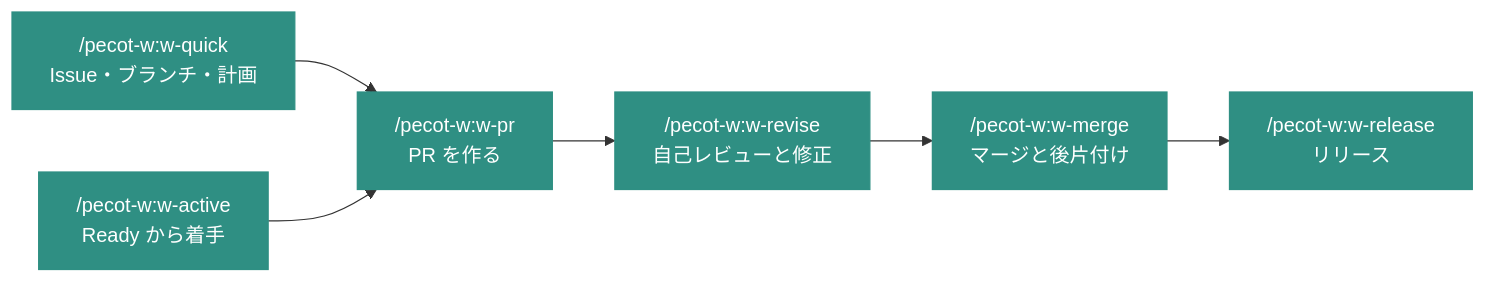
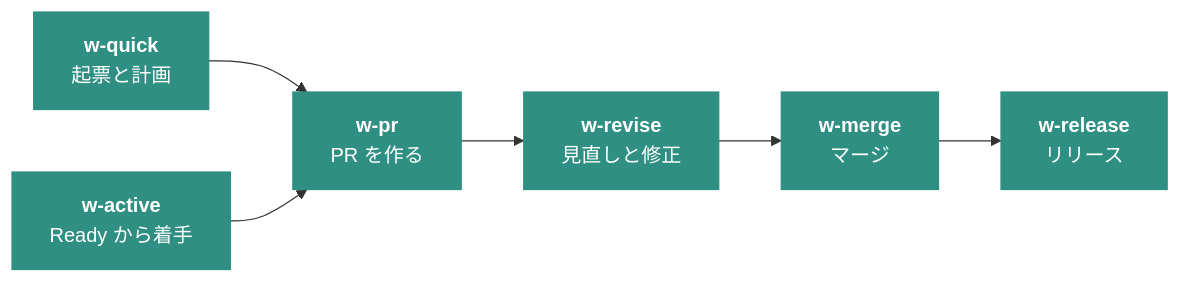
The diagram in README.md (pecotcraft/pecot), drawn with Mermaid before and after one commit. The commit also changed other lines of this file, not shown here.

Commit message:
docs(repo): #500 流れ図の箱をスキルの短い名前にし、折り返しをなくす

````diff
--- a/README.md
+++ b/README.md
@@ -64,10 +65,10 @@
 ```mermaid
 flowchart LR
-  quick["/pecot-w:w-quick<br>Issue・ブランチ・計画"] --> pr["/pecot-w:w-pr<br>PR を作る"]
-  active["/pecot-w:w-active<br>Ready から着手"] --> pr
-  pr --> revise["/pecot-w:w-revise<br>自己レビューと修正"]
-  revise --> merge["/pecot-w:w-merge<br>マージと後片付け"]
-  merge --> release["/pecot-w:w-release<br>リリース"]
+  quick["<b>w-quick</b><br>起票と計画"] --> pr["<b>w-pr</b><br>PR を作る"]
+  active["<b>w-active</b><br>Ready から着手"] --> pr
+  pr --> revise["<b>w-revise</b><br>見直しと修正"]
+  revise --> merge["<b>w-merge</b><br>マージ"]
+  merge --> release["<b>w-release</b><br>リリース"]
   classDef step fill:#2F8F83,stroke:#2F8F83,color:#ffffff
   class quick,active,pr,revise,merge,release step
 ```
````
